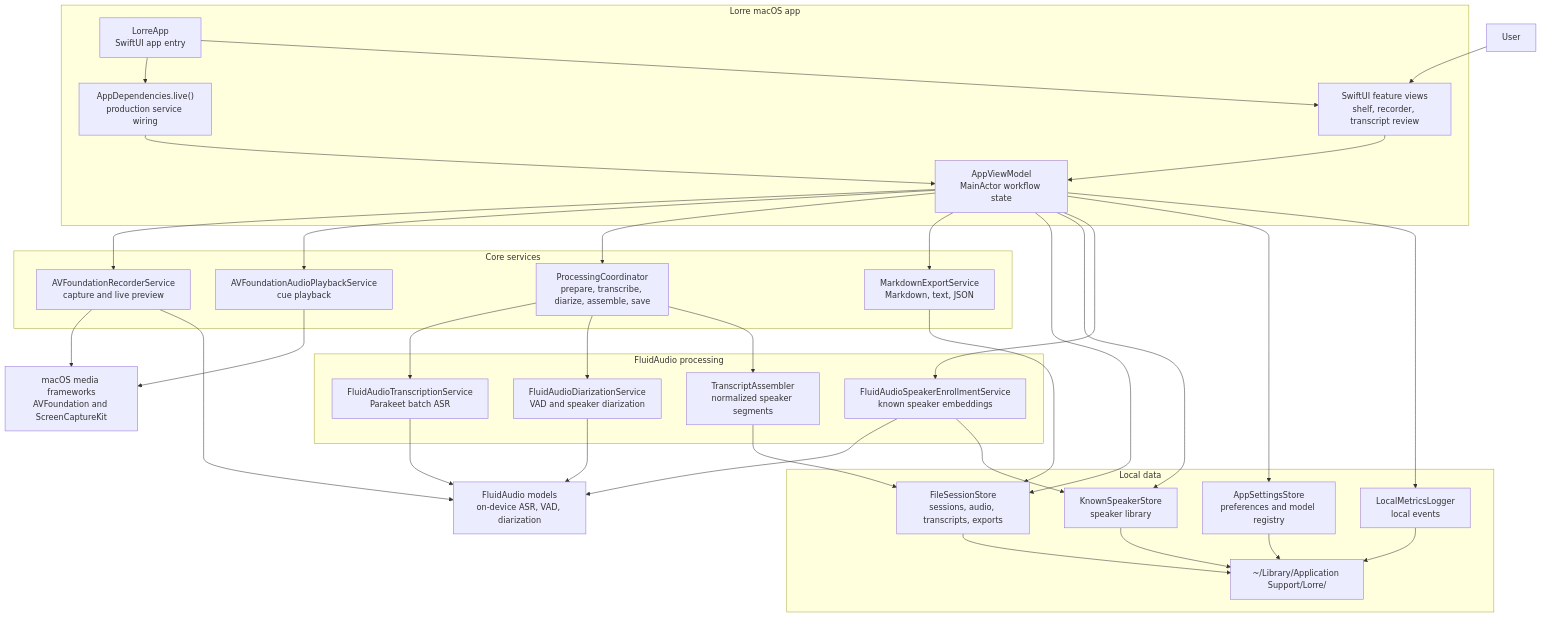
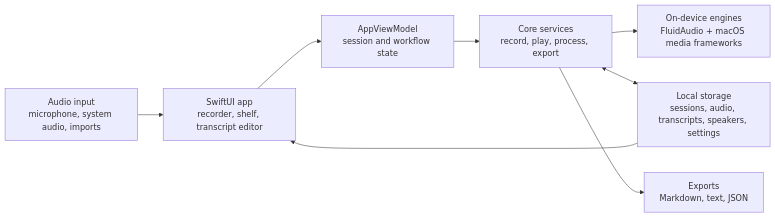
The diagram in README.md (jjscholtes/Lorre), drawn with Mermaid before and after one commit. The commit also changed other lines of this file, not shown here.

Commit message:
Simplify README architecture diagram

````diff
--- a/README.md
+++ b/README.md
@@ -40,67 +40,18 @@
 ```mermaid
-flowchart TB
-  user["User"]
+flowchart LR
+  input["Audio input<br/>microphone, system audio, imports"]
+  ui["SwiftUI app<br/>recorder, shelf, transcript editor"]
+  workflow["AppViewModel<br/>session and workflow state"]
+  services["Core services<br/>record, play, process, export"]
+  engines["On-device engines<br/>FluidAudio + macOS media frameworks"]
+  storage["Local storage<br/>sessions, audio, transcripts, speakers, settings"]
+  exports["Exports<br/>Markdown, text, JSON"]
 
-  subgraph app["Lorre macOS app"]
-    entry["LorreApp<br/>SwiftUI app entry"]
-    views["SwiftUI feature views<br/>shelf, recorder, transcript review"]
-    viewModel["AppViewModel<br/>MainActor workflow state"]
-    dependencies["AppDependencies.live()<br/>production service wiring"]
-  end
-
-  subgraph core["Core services"]
-    recorder["AVFoundationRecorderService<br/>capture and live preview"]
-    playback["AVFoundationAudioPlaybackService<br/>cue playback"]
-    coordinator["ProcessingCoordinator<br/>prepare, transcribe, diarize, assemble, save"]
-    exporter["MarkdownExportService<br/>Markdown, text, JSON"]
-  end
-
-  subgraph processing["FluidAudio processing"]
-    transcription["FluidAudioTranscriptionService<br/>Parakeet batch ASR"]
-    diarization["FluidAudioDiarizationService<br/>VAD and speaker diarization"]
-    enrollment["FluidAudioSpeakerEnrollmentService<br/>known speaker embeddings"]
-    assembler["TranscriptAssembler<br/>normalized speaker segments"]
-  end
-
-  subgraph localData["Local data"]
-    sessions["FileSessionStore<br/>sessions, audio, transcripts, exports"]
-    speakers["KnownSpeakerStore<br/>speaker library"]
-    settings["AppSettingsStore<br/>preferences and model registry"]
-    metrics["LocalMetricsLogger<br/>local events"]
-    appSupport["~/Library/Application Support/Lorre/"]
-  end
-
-  fluidAudio["FluidAudio models<br/>on-device ASR, VAD, diarization"]
-  macOSMedia["macOS media frameworks<br/>AVFoundation and ScreenCaptureKit"]
-
-  user --> views
-  entry --> dependencies
-  entry --> views
-  dependencies --> viewModel
-  views --> viewModel
-  viewModel --> recorder
-  viewModel --> playback
-  viewModel --> coordinator
-  viewModel --> exporter
-  viewModel --> sessions
-  viewModel --> speakers
-  viewModel --> enrollment
-  viewModel --> settings
-  viewModel --> metrics
-  recorder --> macOSMedia
-  playback --> macOSMedia
-  recorder --> fluidAudio
-  coordinator --> transcription
-  coordinator --> diarization
-  coordinator --> assembler
-  transcription --> fluidAudio
-  diarization --> fluidAudio
-  enrollment --> fluidAudio
-  enrollment --> speakers
-  assembler --> sessions
-  exporter --> sessions
-  sessions --> appSupport
-  speakers --> appSupport
-  settings --> appSupport
-  metrics --> appSupport
+  input --> ui
+  ui --> workflow
+  workflow --> services
+  services --> engines
+  services <--> storage
+  storage --> ui
+  services --> exports
 ```
````
